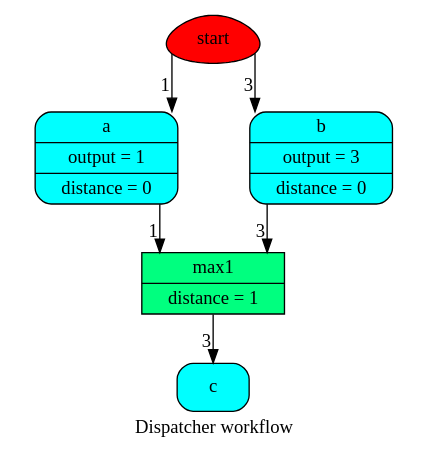
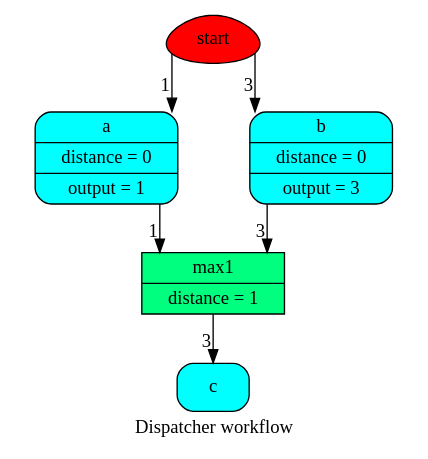
Before and after one commit to vinci1it2000/schedula: the diagram in doc/source/dispatcher/__init__/remove_cycles/wf.dot, drawn with Graphviz. The commit also changed 22 other files, not shown here.

```diff
--- a/doc/source/dispatcher/__init__/remove_cycles/wf.dot
+++ b/doc/source/dispatcher/__init__/remove_cycles/wf.dot
@@ -1,16 +1,16 @@
 digraph Dispatcher {
 	graph [ratio=1]
 	node [style=filled]
 	splines = ortho
 	label = "Dispatcher workflow"
-		Dispatcher_4373709112 [label=start fillcolor=red shape=egg]
-		"Dispatcher_-8678671152349271859" [label="{ a | output = 1 | distance = 0 }" fillcolor=cyan shape=Mrecord]
-		"Dispatcher_-7207337145593852604" [label="{ max1 | distance = 1 }" fillcolor=springgreen shape=record]
-		"Dispatcher_-7122603177858460539" [label="{ c  }" fillcolor=cyan shape=Mrecord]
-		Dispatcher_5198365931108737741 [label="{ b | output = 3 | distance = 0 }" fillcolor=cyan shape=Mrecord]
-			"Dispatcher_-8678671152349271859" -> "Dispatcher_-7207337145593852604" [xlabel=1]
-			"Dispatcher_-7207337145593852604" -> "Dispatcher_-7122603177858460539" [xlabel=3]
-			Dispatcher_4373709112 -> Dispatcher_5198365931108737741 [xlabel=3]
-			Dispatcher_4373709112 -> "Dispatcher_-8678671152349271859" [xlabel=1]
-			Dispatcher_5198365931108737741 -> "Dispatcher_-7207337145593852604" [xlabel=3]
+		Dispatcher_4372611384 [label=start fillcolor=red shape=egg]
+		"Dispatcher_-7776202301500148952" [label="{ a | distance = 0 | output = 1 }" fillcolor=cyan shape=Mrecord]
+		Dispatcher_2818472975434021684 [label="{ max1 | distance = 1 }" fillcolor=springgreen shape=record]
+		Dispatcher_1161704250910580454 [label="{ c  }" fillcolor=cyan shape=Mrecord]
+		Dispatcher_3212931600518739037 [label="{ b | distance = 0 | output = 3 }" fillcolor=cyan shape=Mrecord]
+			"Dispatcher_-7776202301500148952" -> Dispatcher_2818472975434021684 [xlabel=1]
+			Dispatcher_2818472975434021684 -> Dispatcher_1161704250910580454 [xlabel=3]
+			Dispatcher_4372611384 -> "Dispatcher_-7776202301500148952" [xlabel=1]
+			Dispatcher_4372611384 -> Dispatcher_3212931600518739037 [xlabel=3]
+			Dispatcher_3212931600518739037 -> Dispatcher_2818472975434021684 [xlabel=3]
 }
```
